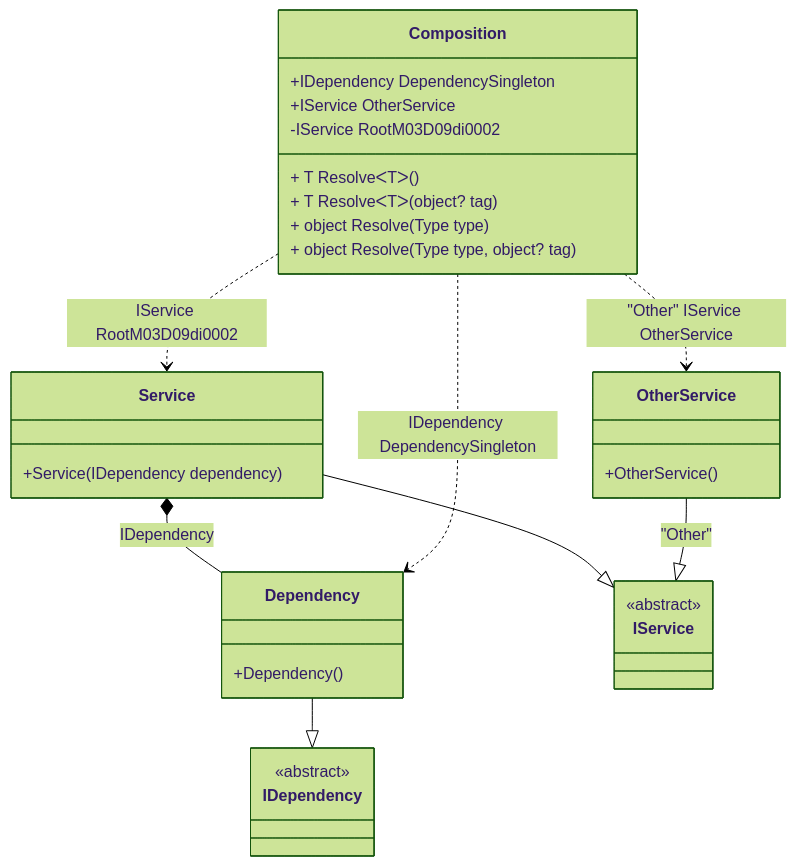
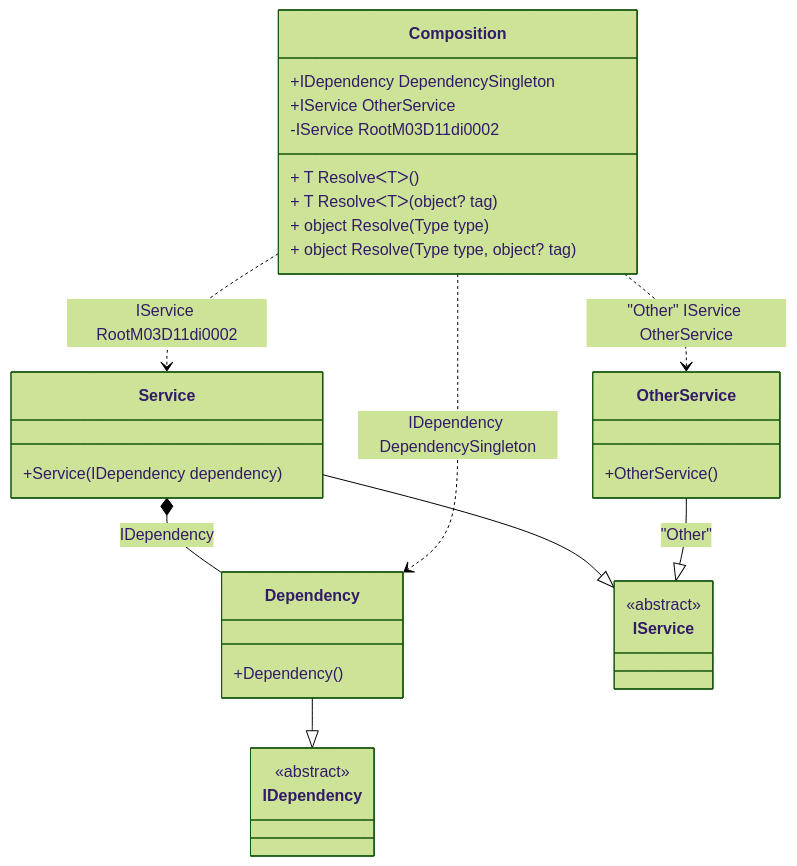
The diagram in readme/resolve-methods.md (DevTeam/Pure.DI), drawn with Mermaid (forest theme) before and after one commit. The commit also changed other lines of this file and 73 other files, not shown here.

````diff
--- a/readme/resolve-methods.md
+++ b/readme/resolve-methods.md
@@ -45,34 +45,34 @@
 ```mermaid
 classDiagram
   class Composition {
     +IDependency DependencySingleton
     +IService OtherService
-    -IService RootM03D09di0002
+    -IService RootM03D11di0002
     + T ResolveᐸTᐳ()
     + T ResolveᐸTᐳ(object? tag)
     + object Resolve(Type type)
     + object Resolve(Type type, object? tag)
   }
   Dependency --|> IDependency : 
   class Dependency {
     +Dependency()
   }
   Service --|> IService : 
   class Service {
     +Service(IDependency dependency)
   }
   OtherService --|> IService : "Other" 
   class OtherService {
     +OtherService()
   }
   class IDependency {
     <<abstract>>
   }
   class IService {
     <<abstract>>
   }
   Service *--  Dependency : IDependency
   Composition ..> Dependency : IDependency DependencySingleton
-  Composition ..> Service : IService RootM03D09di0002
+  Composition ..> Service : IService RootM03D11di0002
   Composition ..> OtherService : "Other" IService OtherService
 ```
````
